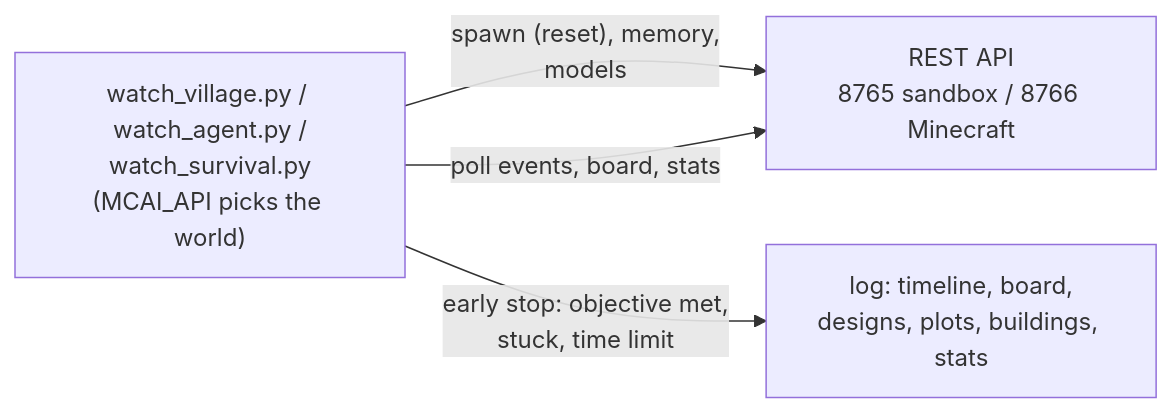
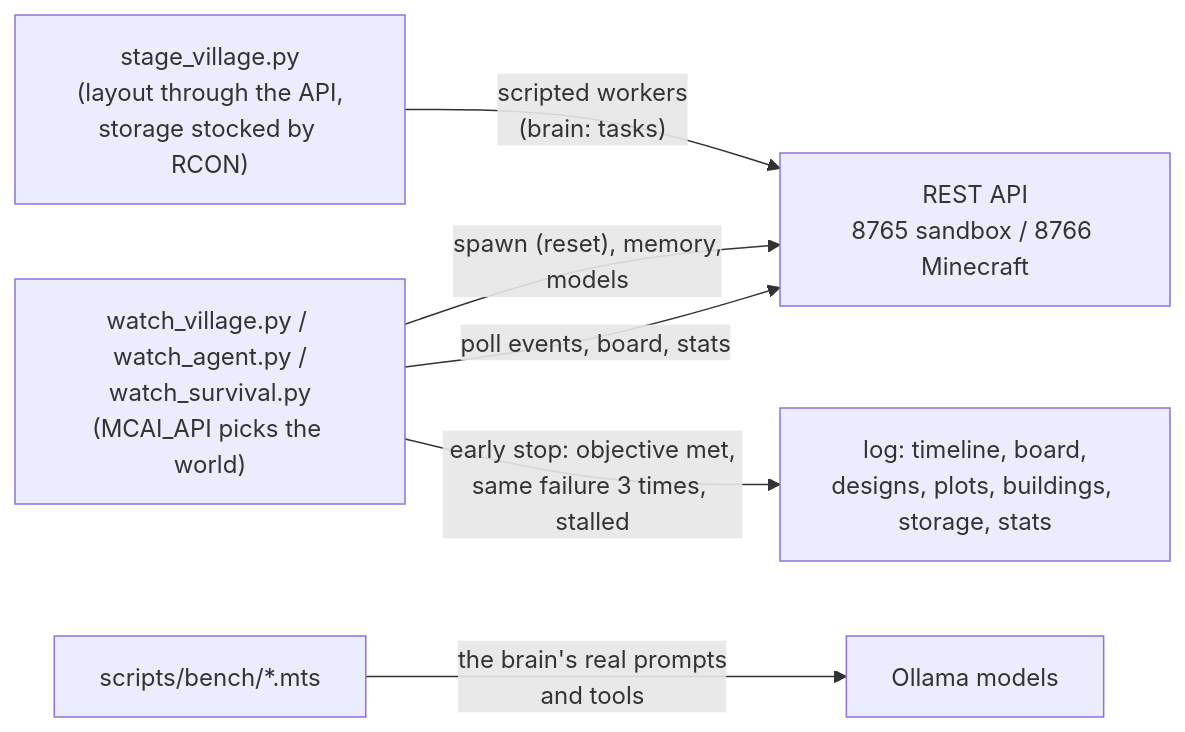
One commit to delphium226/MCAISandbox changed diagram 11 of 12 in docs/ARCHITECTURE.md. Above: the diagram before and after it, drawn with Mermaid. The commit also changed other lines of this file and 1 other file, not shown here.

First line of the commit message:
README and architecture: how the agents work, in detail

````diff
--- a/docs/ARCHITECTURE.md
+++ b/docs/ARCHITECTURE.md
@@ -371,6 +395,8 @@
 ```mermaid
 flowchart LR
-  script["watch_village.py / watch_agent.py /<br/>watch_survival.py<br/>(MCAI_API picks the world)"] -- "spawn (reset), memory,<br/>models" --> api["REST API<br/>8765 sandbox / 8766 Minecraft"]
+  stage["stage_village.py<br/>(layout through the API,<br/>storage stocked by RCON)"] -- "scripted workers<br/>(brain: tasks)" --> api["REST API<br/>8765 sandbox / 8766 Minecraft"]
+  script["watch_village.py / watch_agent.py /<br/>watch_survival.py<br/>(MCAI_API picks the world)"] -- "spawn (reset), memory,<br/>models" --> api
   script -- "poll events, board, stats" --> api
-  script -- "early stop: objective met,<br/>stuck, time limit" --> report["log: timeline, board,<br/>designs, plots, buildings, stats"]
+  script -- "early stop: objective met,<br/>same failure 3 times, stalled" --> report["log: timeline, board,<br/>designs, plots, buildings, storage, stats"]
+  bench["scripts/bench/*.mts"] -- "the brain's real prompts<br/>and tools" --> ollama["Ollama models"]
 ```
````
